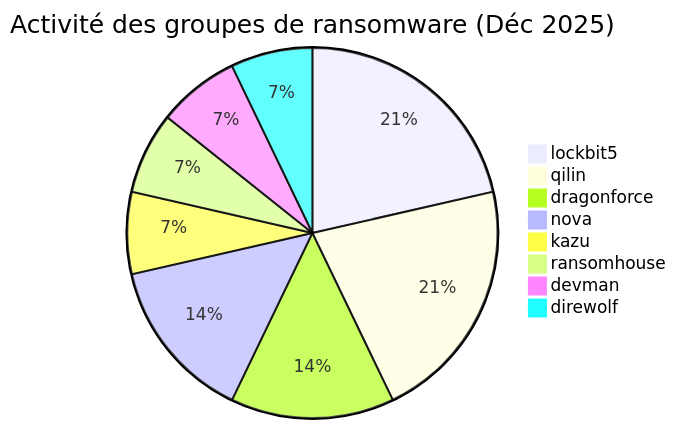
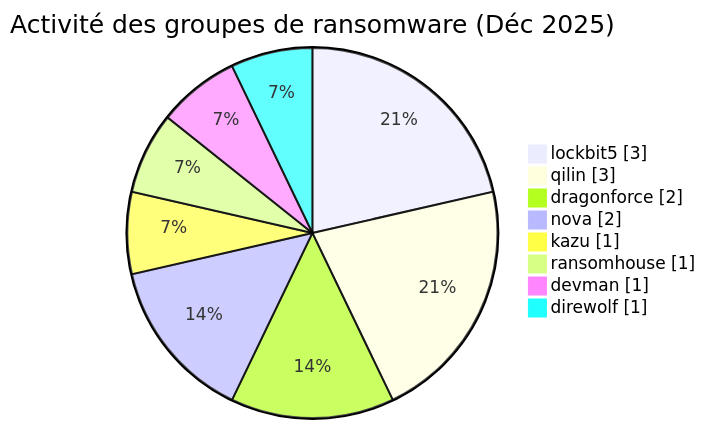
Before and after one commit to Hatchepsoute/AFRINTEL: the first of 4 diagrams in CyberAttackAfrica/2025/12-december/README_FR.md, drawn with Mermaid. The commit also changed other lines of this file and 182 other files, not shown here.

````diff
--- a/CyberAttackAfrica/2025/12-december/README_FR.md
+++ b/CyberAttackAfrica/2025/12-december/README_FR.md
@@ -44,11 +46,12 @@
 ```mermaid
-pie title Activité des groupes de ransomware (Déc 2025)
+pie showData
+    title Activité des groupes de ransomware (Déc 2025)
     "lockbit5" : 3
     "qilin" : 3
     "dragonforce" : 2
     "nova" : 2
     "kazu" : 1
     "ransomhouse" : 1
     "devman" : 1
     "direwolf" : 1
 ```
````
